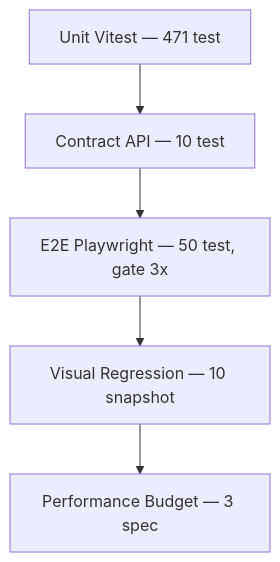
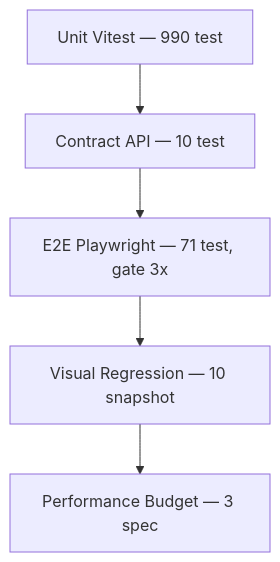
Before and after one commit to qoidrifat/cashflow: the diagram in docs/ci/TESTING_STRATEGY.md, drawn with Mermaid. The commit also changed other lines of this file and 117 other files, not shown here.

````diff
--- a/docs/ci/TESTING_STRATEGY.md
+++ b/docs/ci/TESTING_STRATEGY.md
@@ -11,9 +11,9 @@
 ```mermaid
 flowchart TB
     P[Performance Budget — 3 spec] 
     V[Visual Regression — 10 snapshot]
-    E[E2E Playwright — 50 test, gate 3x]
+    E[E2E Playwright — 71 test, gate 3x]
     C[Contract API — 10 test]
-    U[Unit Vitest — 471 test]
+    U[Unit Vitest — 990 test]
     U --> C --> E --> V --> P
 ```
````
